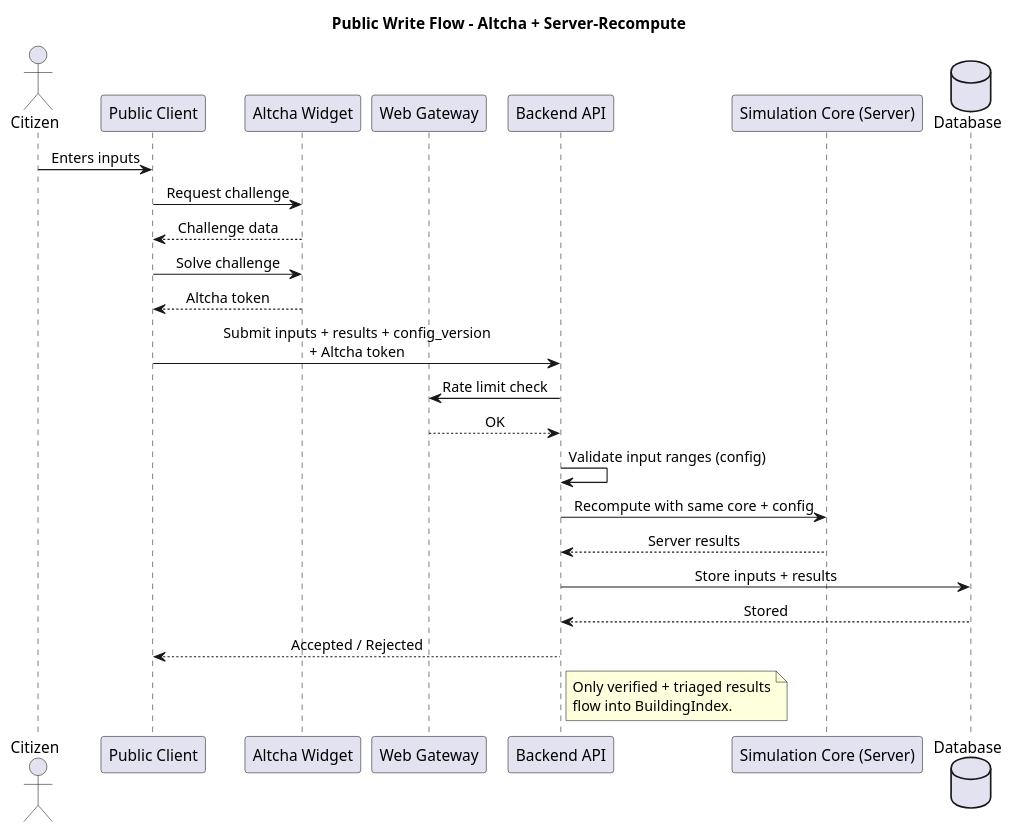
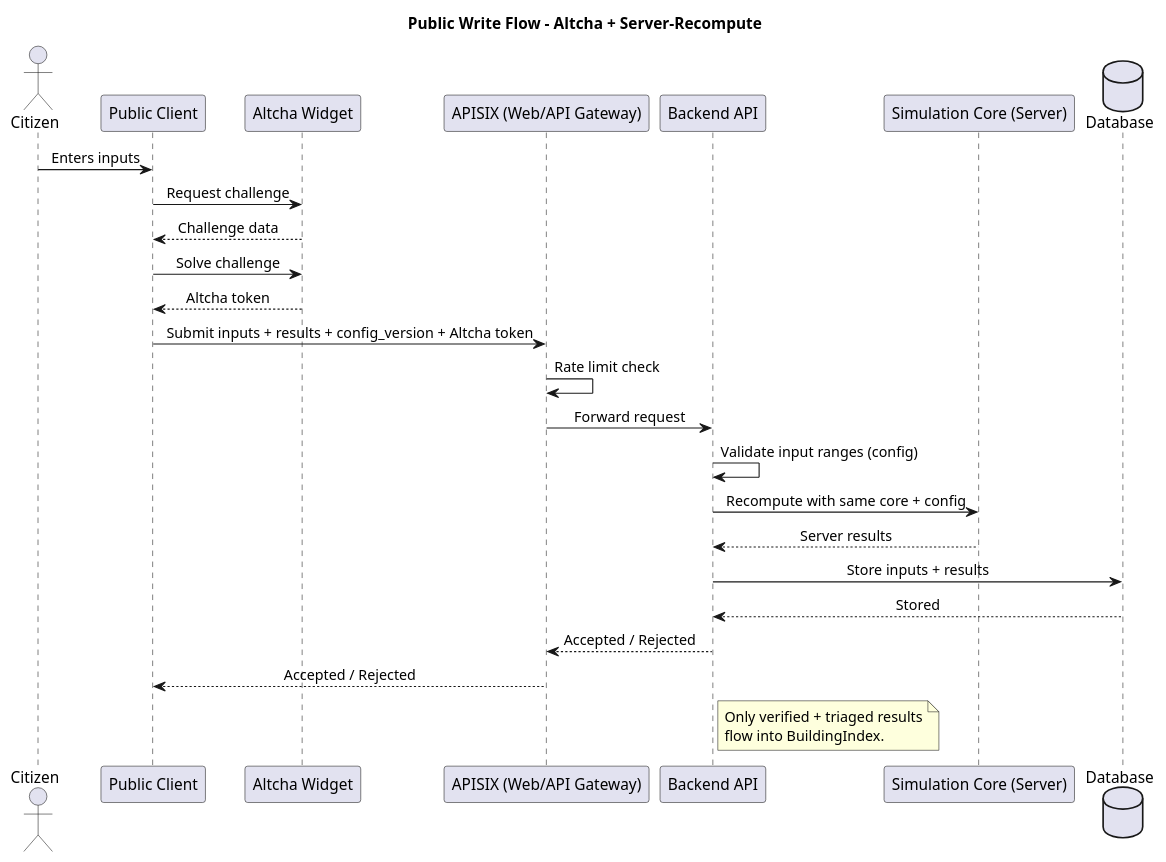
The diagram in docs/architecture/raw/public-write-flow.puml (csi-FOXBYTE/Regensburg_DigitalerEnergieZwilling_Backend), drawn with PlantUML before and after one commit. The commit also changed 36 other files, not shown here.

```diff
--- a/docs/architecture/raw/public-write-flow.puml
+++ b/docs/architecture/raw/public-write-flow.puml
@@ -1,36 +1,37 @@
 @startuml
 skinparam sequenceMessageAlign center
 skinparam responseMessageBelowArrow true
 
 title Public Write Flow - Altcha + Server-Recompute
 
 actor Citizen as user
 participant "Public Client" as client
 participant "Altcha Widget" as altcha
-participant "Web Gateway" as gateway
+participant "APISIX (Web/API Gateway)" as gateway
 participant "Backend API" as api
 participant "Simulation Core (Server)" as sim
 database "Database" as db
 
 user -> client: Enters inputs
 client -> altcha: Request challenge
 altcha --> client: Challenge data
 client -> altcha: Solve challenge
 altcha --> client: Altcha token
 
-client -> api: Submit inputs + results + config_version\n+ Altcha token
-api -> gateway: Rate limit check
-gateway --> api: OK
+client -> gateway: Submit inputs + results + config_version + Altcha token
+gateway -> gateway: Rate limit check
+gateway -> api: Forward request
 api -> api: Validate input ranges (config)
 api -> sim: Recompute with same core + config
 sim --> api: Server results
 api -> db: Store inputs + results
 db --> api: Stored
-api --> client: Accepted / Rejected
+api --> gateway: Accepted / Rejected
+gateway --> client: Accepted / Rejected
 
 note right of api
 Only verified + triaged results
 flow into BuildingIndex.
 end note
 
 @enduml
```
